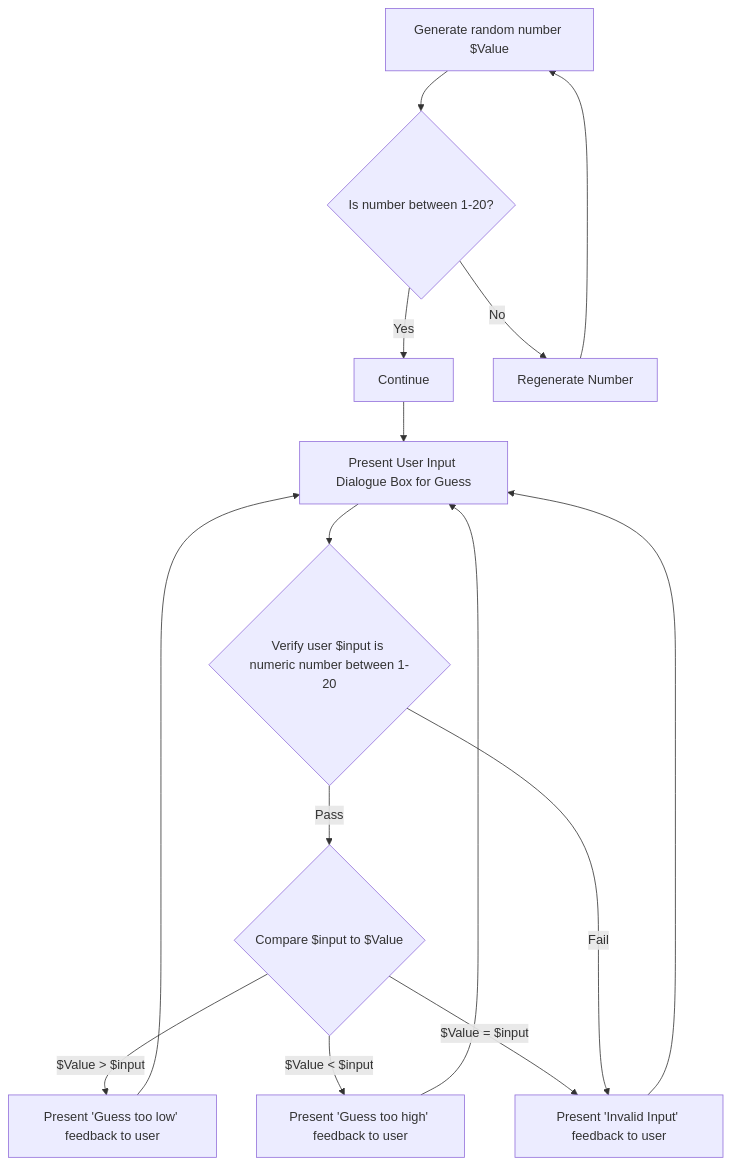
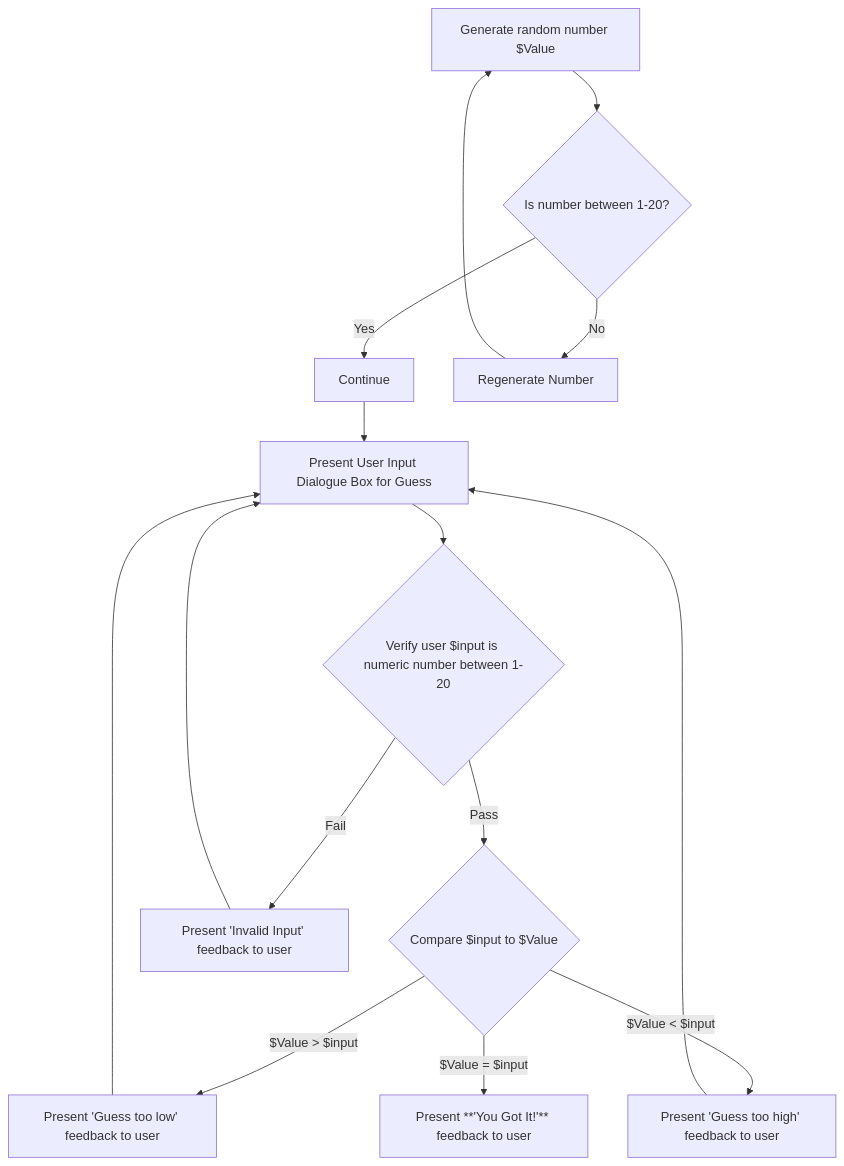
The diagram in NumberGuessingGame.md (JayS-CK/JayS-CK.github.io), drawn with Mermaid before and after one commit.

````diff
--- a/NumberGuessingGame.md
+++ b/NumberGuessingGame.md
@@ -1,17 +1,17 @@
 ```mermaid
 flowchart TD
 A[Generate random number $Value] --> B{Is number between 1-20?}
 B --> |Yes| C[Continue]
 B --> |No| D[Regenerate Number]
 D --> A
 C --> E[Present User Input Dialogue Box for Guess]
 E --> F{Verify user $input is numeric number between 1-20}
 F --> |Pass| G{Compare $input to $Value}
 G --> |$Value > $input| H[Present 'Guess too low' feedback to user]
 G --> |$Value < $input| I[Present 'Guess too high' feedback to user]
 G --> |$Value = $input| J[Present **'You Got It!'** feedback to user]
 H --> E
 I --> E
-F --> |Fail| J[Present 'Invalid Input' feedback to user]
-J --> E
+F --> |Fail| K[Present 'Invalid Input' feedback to user]
+K --> E
 ```
````
